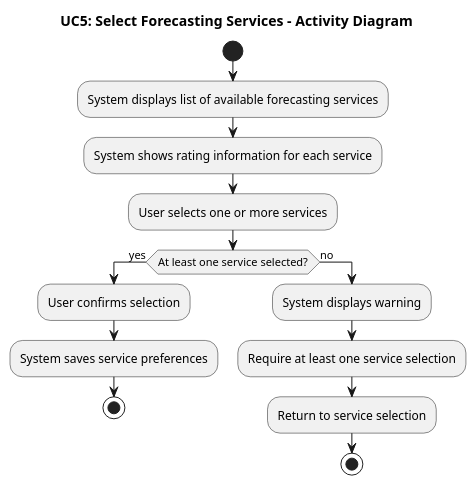
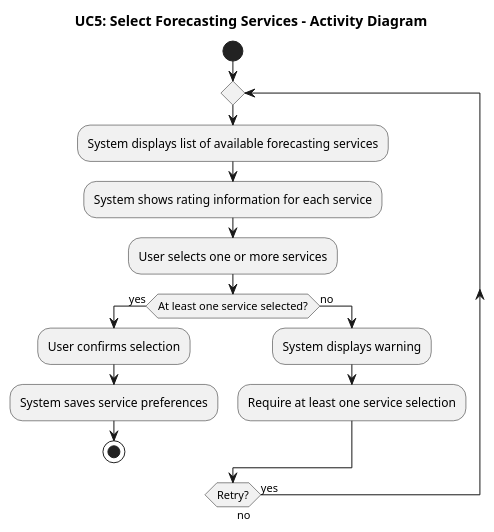
One commit to ManosMorf97/Weather-Forecasts-AI-Remastered changed the diagram in requirements/activity_diagrams/UC5_Select_Forecasting_Services.puml. Above: the diagram before and after it, drawn with PlantUML. The commit also changed 22 other files, not shown here.

Commit message:
activity diagrams pictures

```diff
--- a/requirements/activity_diagrams/UC5_Select_Forecasting_Services.puml
+++ b/requirements/activity_diagrams/UC5_Select_Forecasting_Services.puml
@@ -1,21 +1,21 @@
 @startuml UC5_Select_Forecasting_Services_Activity_Diagram
 
 title UC5: Select Forecasting Services - Activity Diagram
 
 start
-:System displays list of available forecasting services;
-:System shows rating information for each service;
-:User selects one or more services;
+repeat
+  :System displays list of available forecasting services;
+  :System shows rating information for each service;
+  :User selects one or more services;
 
-if (At least one service selected?) then (yes)
-  :User confirms selection;
-  :System saves service preferences;
-  stop
-else (no)
-  :System displays warning;
-  :Require at least one service selection;
-  :Return to service selection;
-  stop
-endif
+  if (At least one service selected?) then (yes)
+    :User confirms selection;
+    :System saves service preferences;
+    stop
+  else (no)
+    :System displays warning;
+    :Require at least one service selection;
+  endif
+repeat while (Retry?) is (yes) not (no)
 
 @enduml
```
